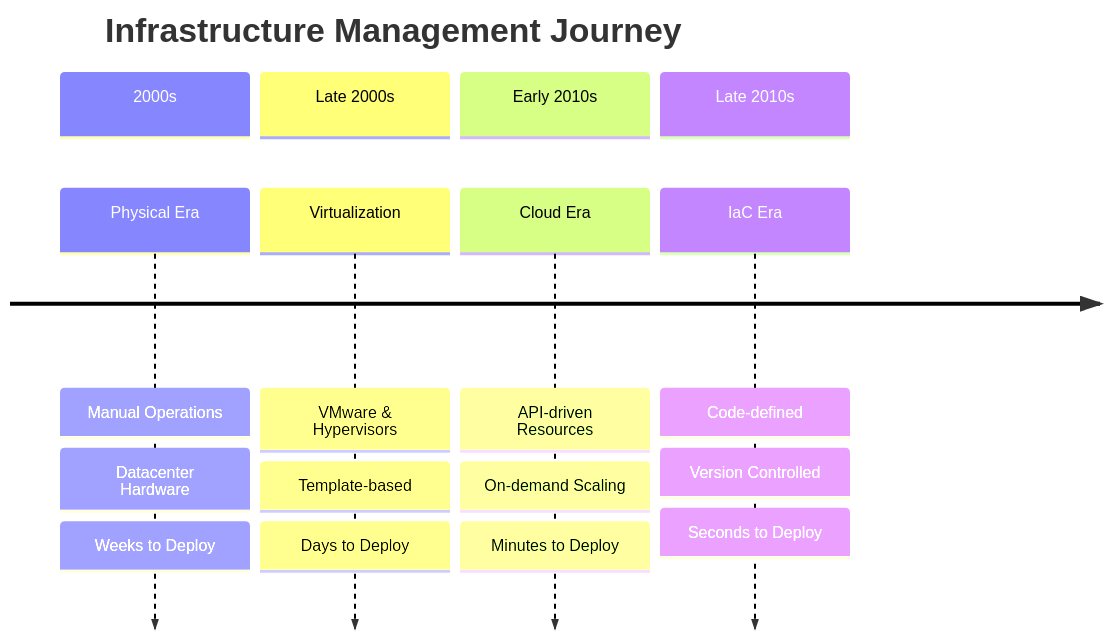
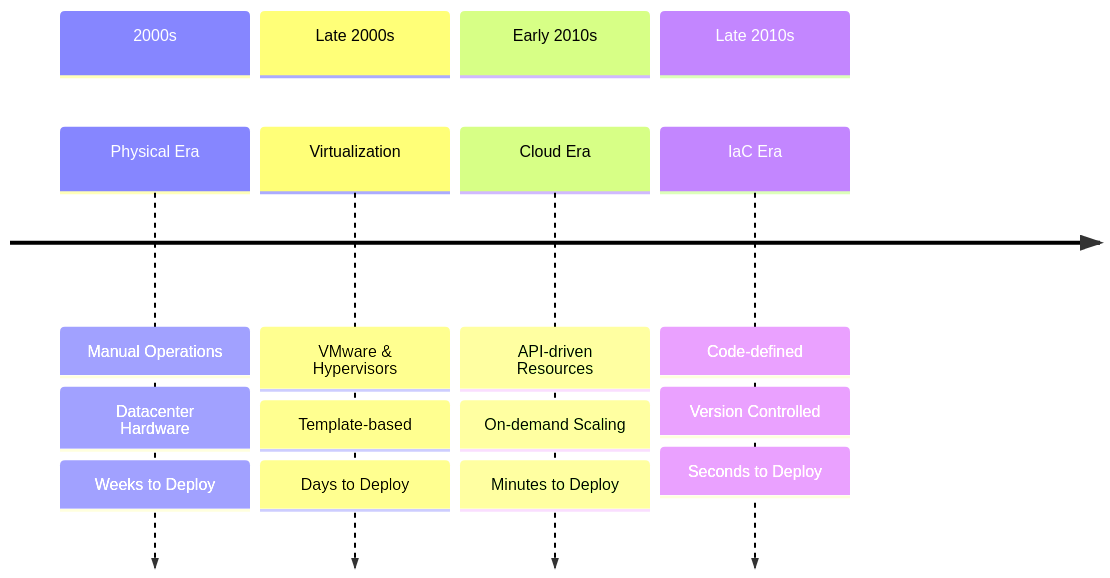
The first of 2 diagrams in pages/section-1.md (voioo/iac-pulumi-seminar), drawn with Mermaid before and after one commit. The commit also changed other lines of this file and 7 other files, not shown here.

````diff
--- a/pages/section-1.md
+++ b/pages/section-1.md
@@ -42,20 +42,19 @@
 ```mermaid
 timeline
-    title Infrastructure Management Journey
     section 2000s
         Physical Era : Manual Operations
         : Datacenter Hardware
         : Weeks to Deploy
     section Late 2000s
         Virtualization : VMware & Hypervisors
         : Template-based
         : Days to Deploy
     section Early 2010s
         Cloud Era : API-driven Resources
         : On-demand Scaling
         : Minutes to Deploy
     section Late 2010s
         IaC Era : Code-defined
         : Version Controlled
         : Seconds to Deploy
 ```
````
